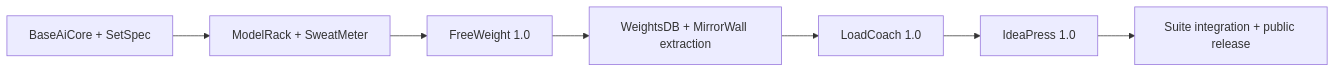
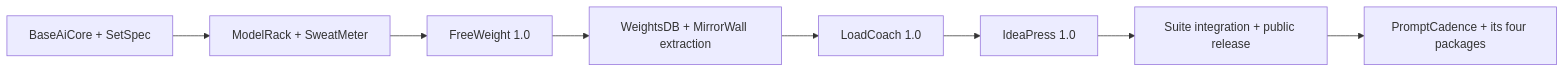
Before and after one commit to JPKell/OpenWeight-Gym: the second of 2 diagrams in architecture/executive-summary.md, drawn with Mermaid. The commit also changed other lines of this file and 12 other files, not shown here.

````diff
--- a/architecture/executive-summary.md
+++ b/architecture/executive-summary.md
@@ -138,9 +158,10 @@
 ```mermaid
 graph LR
     A[BaseAiCore + SetSpec] --> B[ModelRack + SweatMeter]
     B --> C[FreeWeight 1.0]
     C --> D[WeightsDB + MirrorWall extraction]
     D --> E[LoadCoach 1.0]
     E --> F[IdeaPress 1.0]
     F --> G[Suite integration + public release]
+    G --> H[PromptCadence + its four packages]
 ```
````
